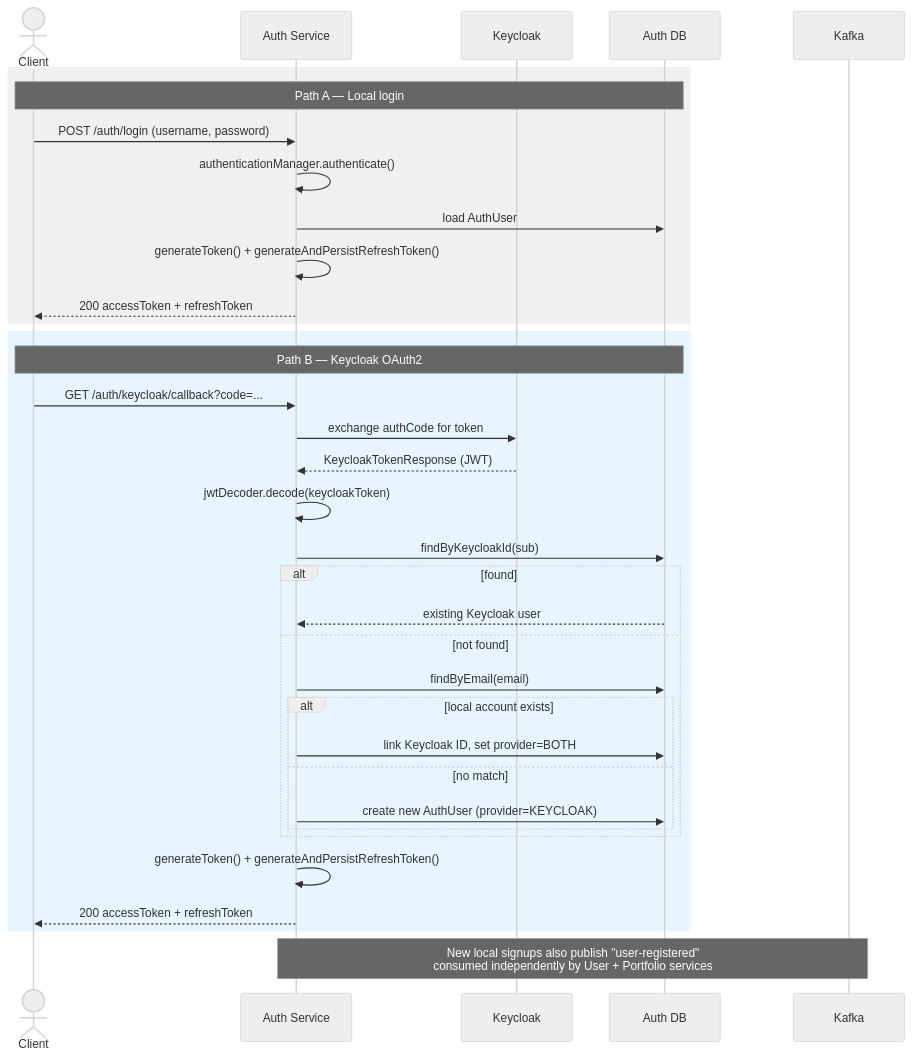
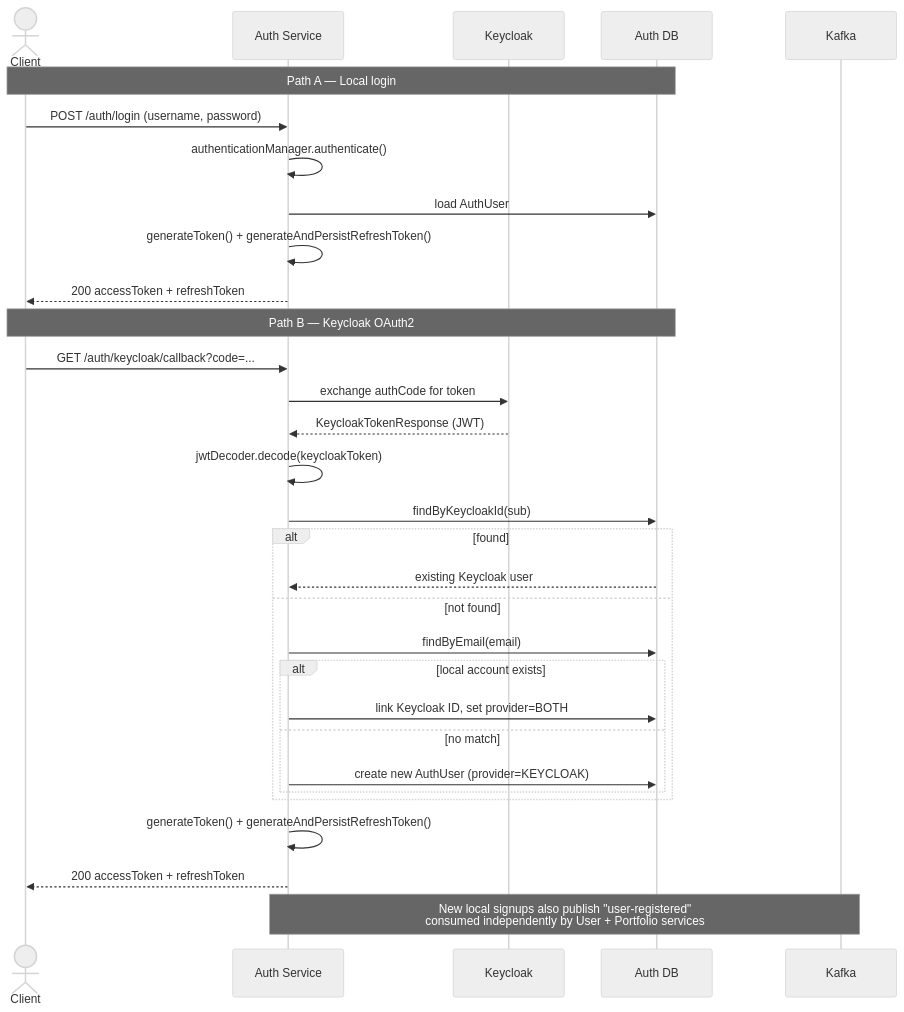
Before and after one commit to S-Priyadharshan/TradeHub: the second of 2 diagrams in README.md, drawn with Mermaid (neutral theme).

````diff
--- a/README.md
+++ b/README.md
@@ -50,42 +50,38 @@
 ```mermaid
 sequenceDiagram
     actor Client
     participant Auth as Auth Service
     participant KC as Keycloak
     participant DB as Auth DB
     participant Kafka
 
-    rect rgb(240, 240, 240)
     note over Client,DB: Path A — Local login
     Client->>Auth: POST /auth/login (username, password)
     Auth->>Auth: authenticationManager.authenticate()
     Auth->>DB: load AuthUser
     Auth->>Auth: generateToken() + generateAndPersistRefreshToken()
     Auth-->>Client: 200 accessToken + refreshToken
-    end
 
-    rect rgb(230, 245, 255)
     note over Client,DB: Path B — Keycloak OAuth2
     Client->>Auth: GET /auth/keycloak/callback?code=...
     Auth->>KC: exchange authCode for token
     KC-->>Auth: KeycloakTokenResponse (JWT)
     Auth->>Auth: jwtDecoder.decode(keycloakToken)
 
     Auth->>DB: findByKeycloakId(sub)
     alt found
         DB-->>Auth: existing Keycloak user
     else not found
         Auth->>DB: findByEmail(email)
         alt local account exists
             Auth->>DB: link Keycloak ID, set provider=BOTH
         else no match
             Auth->>DB: create new AuthUser (provider=KEYCLOAK)
         end
     end
 
     Auth->>Auth: generateToken() + generateAndPersistRefreshToken()
     Auth-->>Client: 200 accessToken + refreshToken
-    end
 
     note over Auth,Kafka: New local signups also publish "user-registered"<br/>consumed independently by User + Portfolio services
 ```
````
